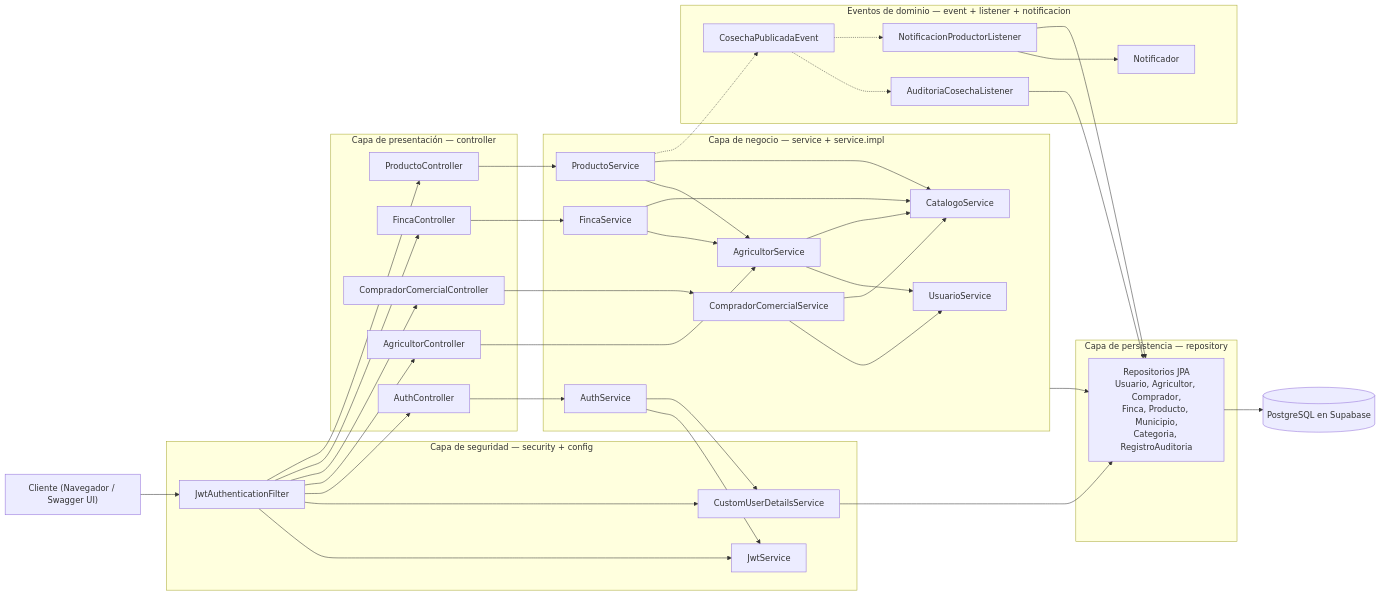
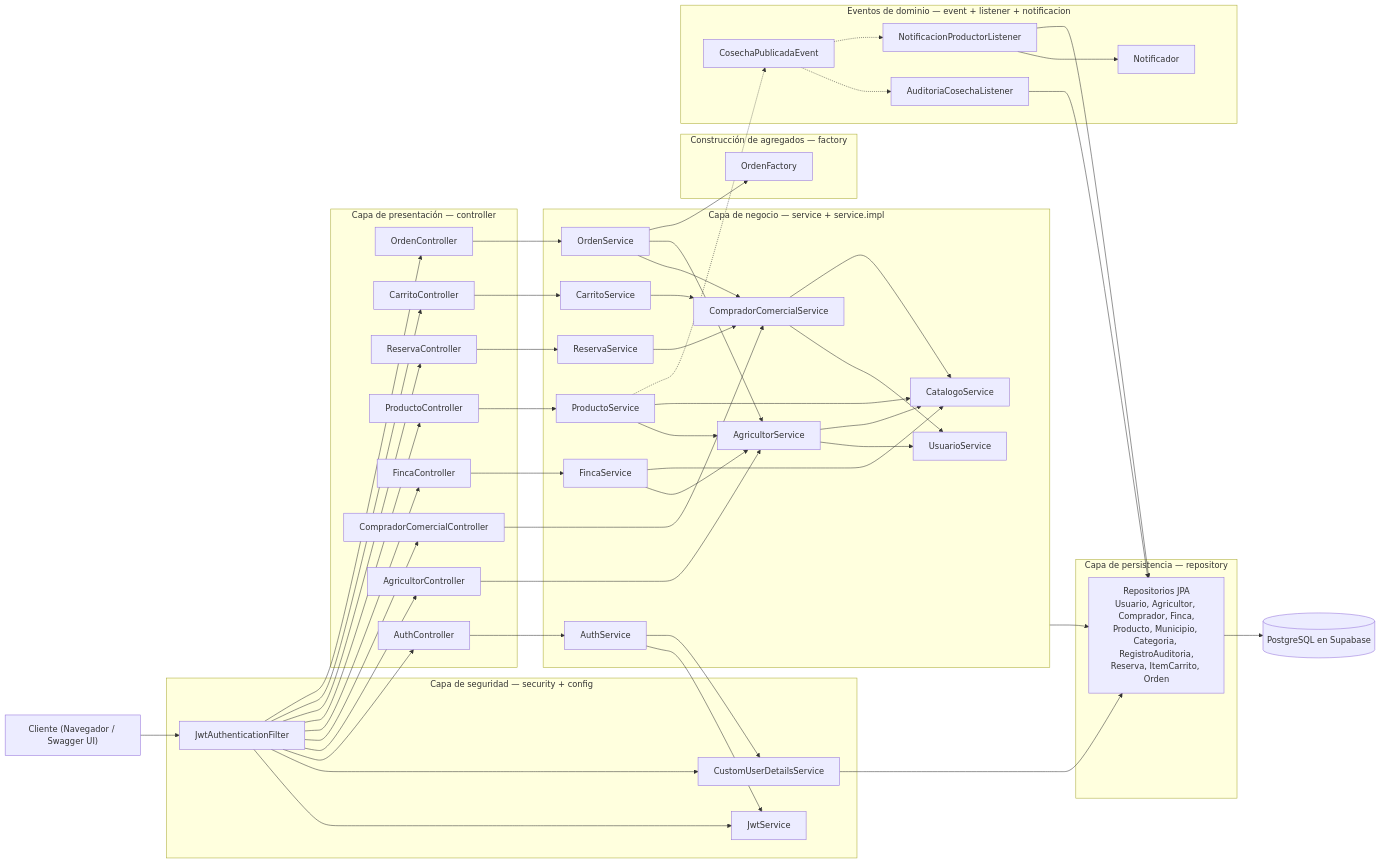
The ninth of 10 diagrams in docs/architecture/diagramas-uml.md (JuanDavidVM/AgroValle-Connect), drawn with Mermaid before and after one commit. The commit also changed other lines of this file, not shown here.

First line of the commit message:
docs(uml): documentar el flujo de compra en los diagramas

````diff
--- a/docs/architecture/diagramas-uml.md
+++ b/docs/architecture/diagramas-uml.md
@@ -272,65 +414,82 @@
 ```mermaid
 flowchart LR
     cliente["Cliente (Navegador / Swagger UI)"]
 
     subgraph seg["Capa de seguridad — security + config"]
         jwtf["JwtAuthenticationFilter"]
         jwts["JwtService"]
         cuds["CustomUserDetailsService"]
     end
     subgraph ctrl["Capa de presentación — controller"]
         authc["AuthController"]
         agrc["AgricultorController"]
         comc["CompradorComercialController"]
         finc["FincaController"]
         proc["ProductoController"]
+        resc["ReservaController"]
+        carc["CarritoController"]
+        ordc["OrdenController"]
     end
     subgraph svc["Capa de negocio — service + service.impl"]
         auths["AuthService"]
         agrs["AgricultorService"]
         coms["CompradorComercialService"]
         fins["FincaService"]
         pros["ProductoService"]
         usus["UsuarioService"]
         cats["CatalogoService"]
+        ress["ReservaService"]
+        cars["CarritoService"]
+        ords["OrdenService"]
+    end
+    subgraph fac["Construcción de agregados — factory"]
+        of["OrdenFactory"]
     end
     subgraph evt["Eventos de dominio — event + listener + notificacion"]
         ev["CosechaPublicadaEvent"]
         aud["AuditoriaCosechaListener"]
         noti["NotificacionProductorListener"]
         notif["Notificador"]
     end
     subgraph rep["Capa de persistencia — repository"]
-        r["Repositorios JPA<br/>Usuario, Agricultor, Comprador,<br/>Finca, Producto, Municipio,<br/>Categoria, RegistroAuditoria"]
+        r["Repositorios JPA<br/>Usuario, Agricultor, Comprador, Finca,<br/>Producto, Municipio, Categoria, RegistroAuditoria,<br/>Reserva, ItemCarrito, Orden"]
     end
     bd[("PostgreSQL en Supabase")]
 
     cliente --> jwtf
     jwtf --> jwts
     jwtf --> cuds
-    jwtf --> authc & agrc & comc & finc & proc
+    jwtf --> authc & agrc & comc & finc & proc & resc & carc & ordc
     authc --> auths
     agrc --> agrs
     comc --> coms
     finc --> fins
     proc --> pros
+    resc --> ress
+    carc --> cars
+    ordc --> ords
     auths --> jwts
     auths --> cuds
     agrs --> usus
     coms --> usus
     agrs --> cats
     coms --> cats
     fins --> agrs
     fins --> cats
     pros --> agrs
     pros --> cats
+    ress --> coms
+    cars --> coms
+    ords --> coms
+    ords --> agrs
+    ords --> of
     pros -.-> ev
     ev -.-> aud
     ev -.-> noti
     noti --> notif
     svc --> r
     aud --> r
     noti --> r
     cuds --> r
     r --> bd
 ```
````
